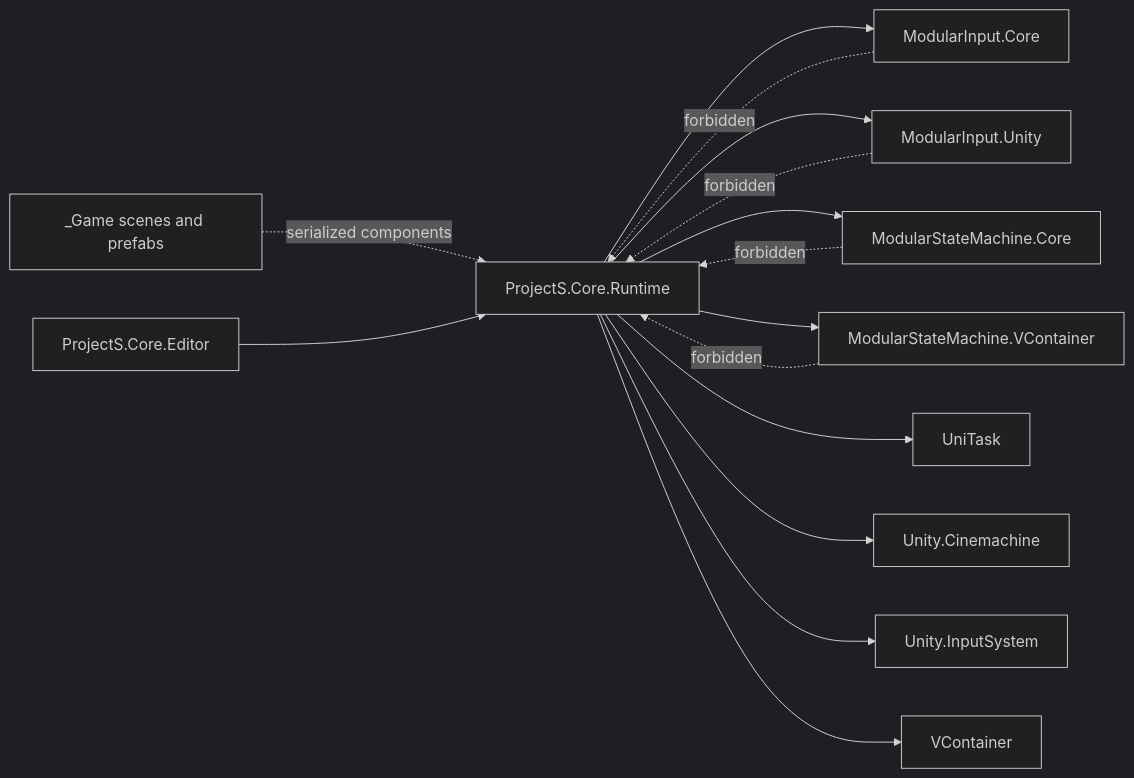
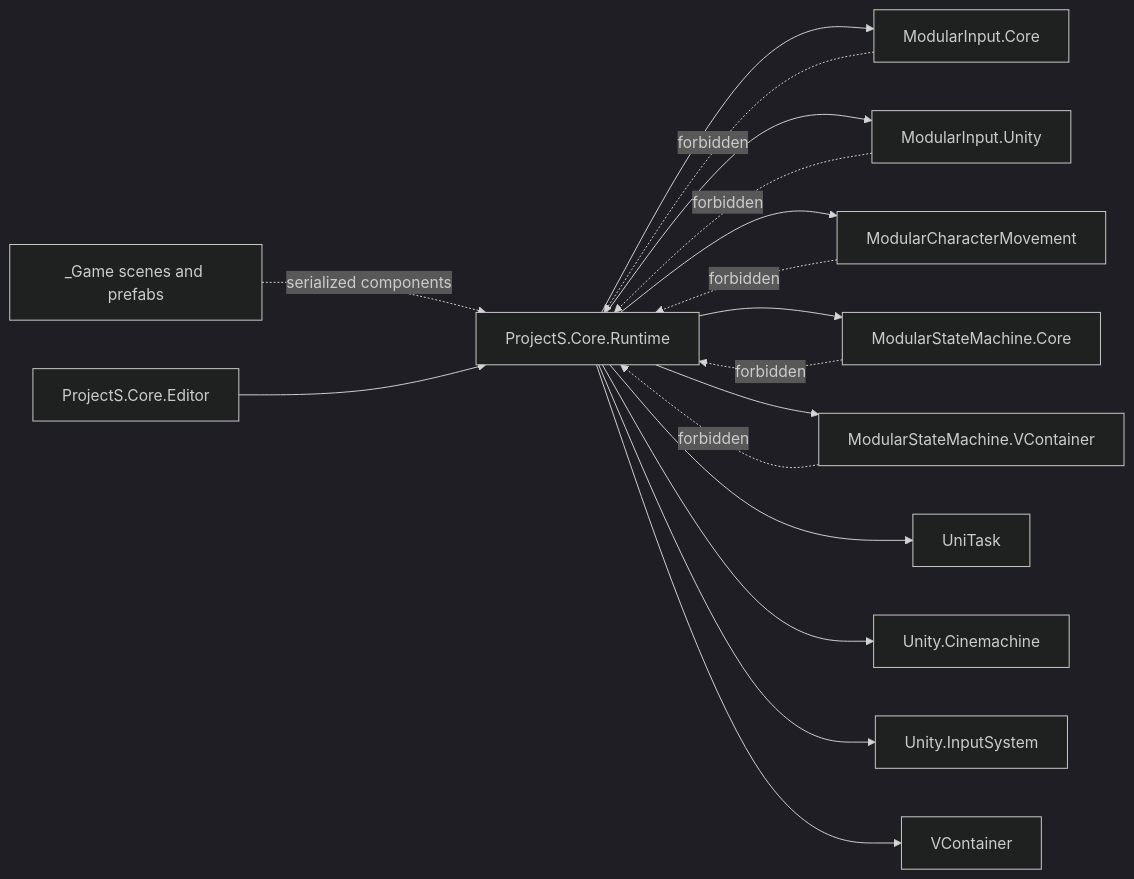
The diagram in Docs/Architecture/Core.Assemblies.md (MaximFonariuc/project-s), drawn with Mermaid (dark theme) before and after one commit. The commit also changed other lines of this file and 1 other file, not shown here.

Commit message:
docs(architecture): record character movement module boundary

````diff
--- a/Docs/Architecture/Core.Assemblies.md
+++ b/Docs/Architecture/Core.Assemblies.md
@@ -29,20 +30,22 @@
 ```mermaid
 flowchart LR
     Game["_Game scenes and prefabs"] -. "serialized components" .-> Runtime["ProjectS.Core.Runtime"]
     Editor["ProjectS.Core.Editor"] --> Runtime
 
     Runtime --> InputCore["ModularInput.Core"]
     Runtime --> InputUnity["ModularInput.Unity"]
+    Runtime --> MovementCore["ModularCharacterMovement"]
     Runtime --> StateCore["ModularStateMachine.Core"]
     Runtime --> StateDI["ModularStateMachine.VContainer"]
 
     Runtime --> UniTask["UniTask"]
     Runtime --> Cinemachine["Unity.Cinemachine"]
     Runtime --> InputSystem["Unity.InputSystem"]
     Runtime --> VContainer["VContainer"]
 
     InputCore -. "forbidden" .-> Runtime
     InputUnity -. "forbidden" .-> Runtime
+    MovementCore -. "forbidden" .-> Runtime
     StateCore -. "forbidden" .-> Runtime
     StateDI -. "forbidden" .-> Runtime
 ```
````
